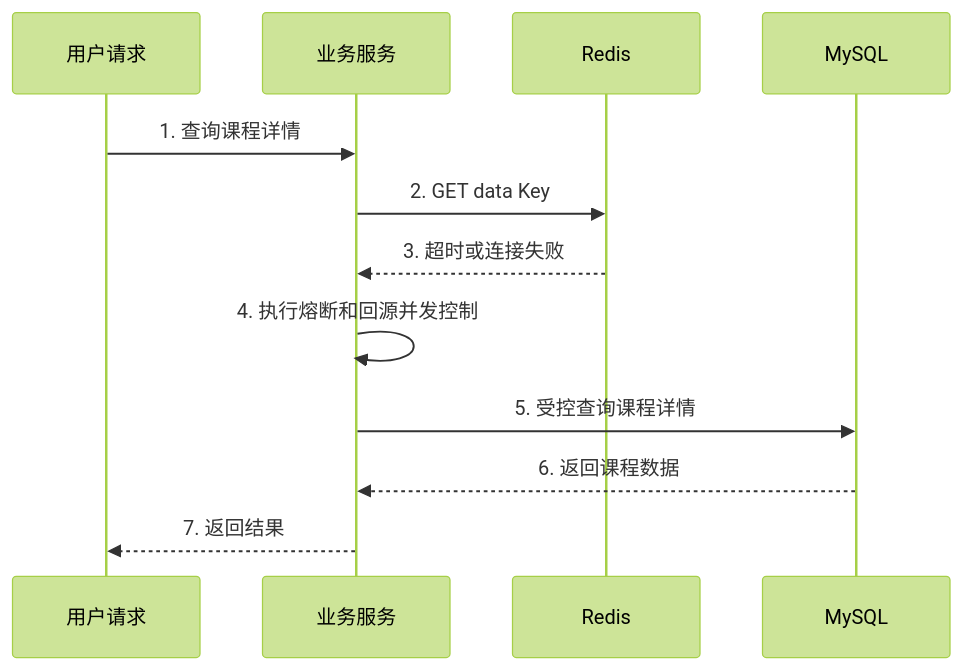
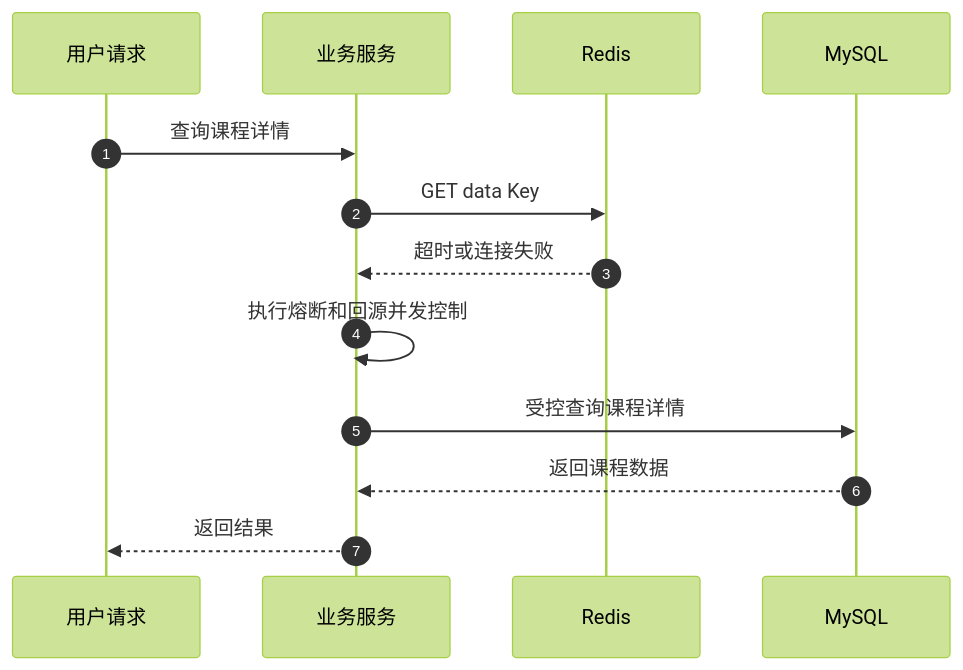
Diagram 11 of 27 in docs/redis/126-redis-4种缓存模式-分享版-极简版.md (zdl20251023-pixel/agent-frame), drawn with Mermaid (forest theme) before and after one commit. The commit also changed other lines of this file, not shown here.

Commit message:
redis 四大缓存模式 分享-极简版

````diff
--- a/docs/redis/126-redis-4种缓存模式-分享版-极简版.md
+++ b/docs/redis/126-redis-4种缓存模式-分享版-极简版.md
@@ -443,19 +448,20 @@
 ```mermaid
 sequenceDiagram
+    autonumber
     participant Client as 用户请求
     participant Service as 业务服务
     participant Redis as Redis
     participant MySQL as MySQL
 
-    Client->>Service: 1. 查询课程详情
+    Client->>Service: 查询课程详情
 
-    Service->>Redis: 2. GET data Key
-    Redis-->>Service: 3. 超时或连接失败
+    Service->>Redis: GET data Key
+    Redis-->>Service: 超时或连接失败
 
-    Service->>Service: 4. 执行熔断和回源并发控制
+    Service->>Service: 执行熔断和回源并发控制
 
-    Service->>MySQL: 5. 受控查询课程详情
-    MySQL-->>Service: 6. 返回课程数据
+    Service->>MySQL: 受控查询课程详情
+    MySQL-->>Service: 返回课程数据
 
-    Service-->>Client: 7. 返回结果
+    Service-->>Client: 返回结果
 ```
````
